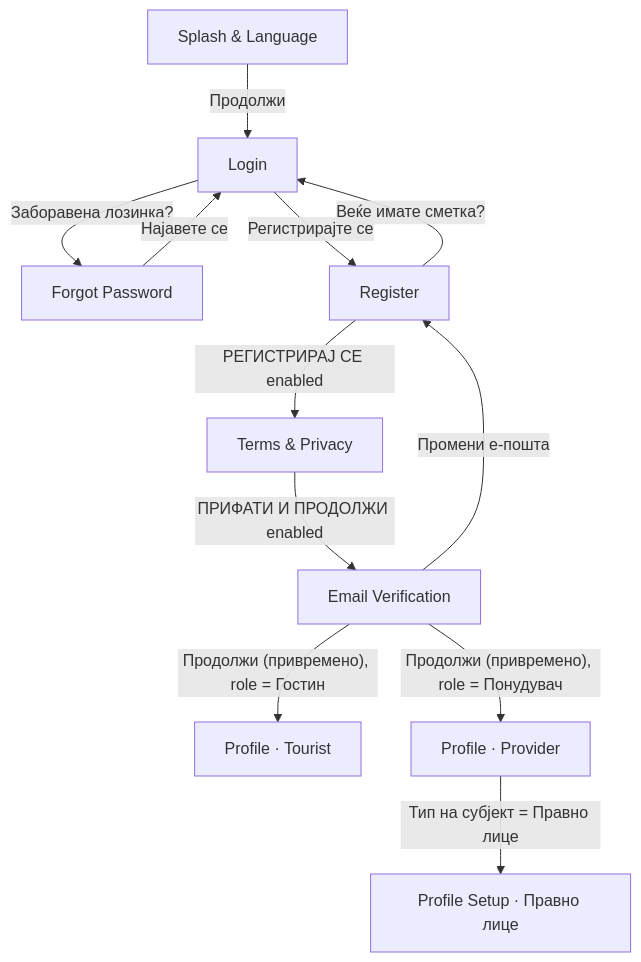
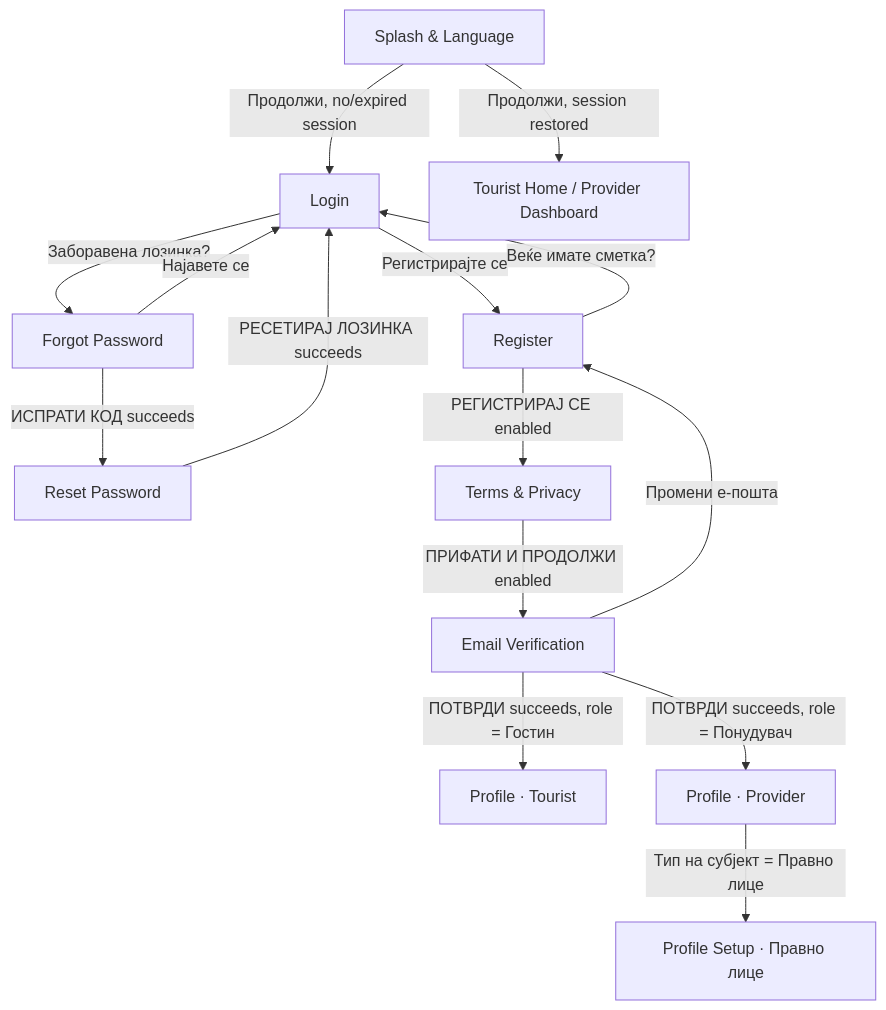
One commit to mblerona/bulka-frontend changed the first of 4 diagrams in PROJECT_PROGRESS.md. Above: the diagram before and after it, drawn with Mermaid. The commit also changed other lines of this file and 20 other files, not shown here.

````diff
--- a/PROJECT_PROGRESS.md
+++ b/PROJECT_PROGRESS.md
@@ -67,14 +67,17 @@
 ```mermaid
 flowchart TD
-    Splash["Splash & Language"] -->|Продолжи| Login
+    Splash["Splash & Language"] -->|"Продолжи, no/expired session"| Login
+    Splash -->|"Продолжи, session restored"| RestoredHome["Tourist Home / Provider Dashboard"]
     Login -->|Заборавена лозинка?| ForgotPassword["Forgot Password"]
+    ForgotPassword -->|ИСПРАТИ КОД succeeds| ResetPassword["Reset Password"]
+    ResetPassword -->|РЕСЕТИРАЈ ЛОЗИНКА succeeds| Login
     Login -->|Регистрирајте се| Register
     ForgotPassword -->|Најавете се| Login
     Register -->|Веќе имате сметка?| Login
     Register -->|РЕГИСТРИРАЈ СЕ enabled| Terms["Terms & Privacy"]
     Terms -->|ПРИФАТИ И ПРОДОЛЖИ enabled| EmailVerify["Email Verification"]
     EmailVerify -->|Промени е-пошта| Register
-    EmailVerify -->|"Продолжи (привремено), role = Гостин"| Profile["Profile · Tourist"]
-    EmailVerify -->|"Продолжи (привремено), role = Понудувач"| ProviderProfile["Profile · Provider"]
+    EmailVerify -->|"ПОТВРДИ succeeds, role = Гостин"| Profile["Profile · Tourist"]
+    EmailVerify -->|"ПОТВРДИ succeeds, role = Понудувач"| ProviderProfile["Profile · Provider"]
     ProviderProfile -->|"Тип на субјект = Правно лице"| ProviderLegal["Profile Setup · Правно лице"]
 ```
````
